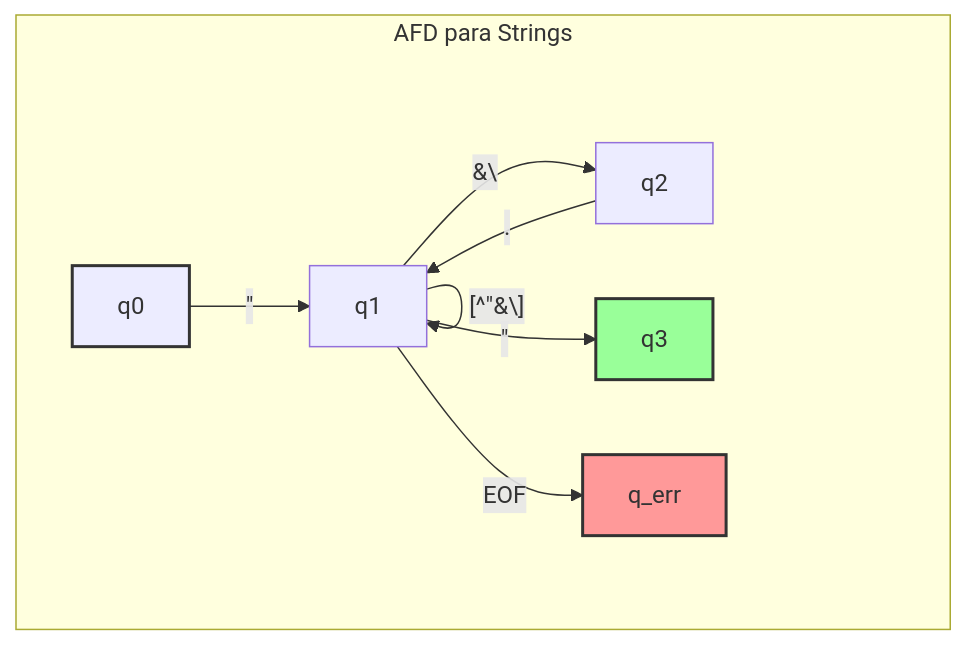
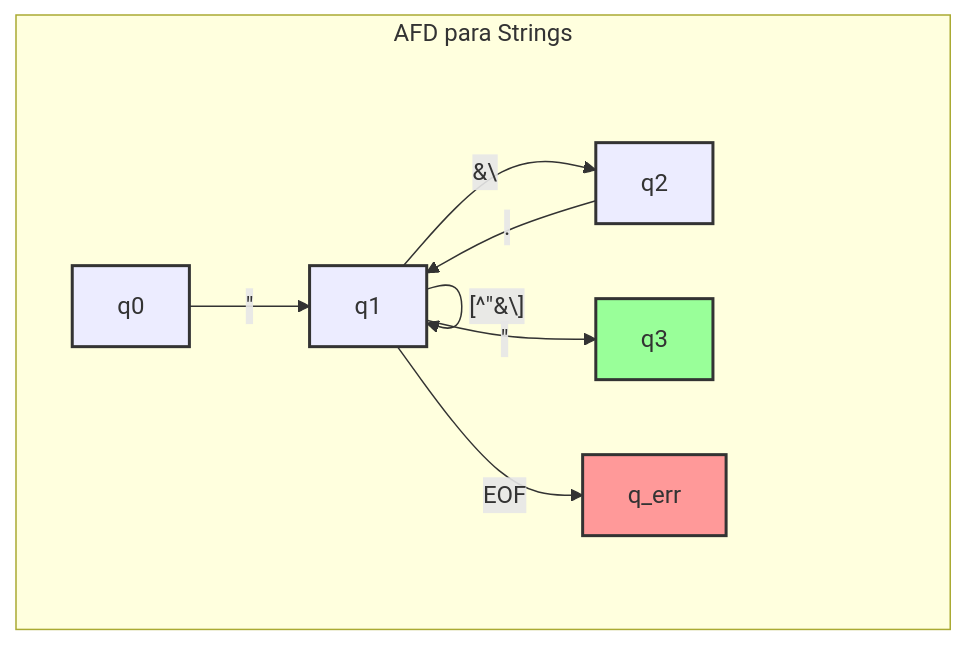
Before and after one commit to Equipe-Eighteen/.clash: the diagram in docs/diagrams/afd-string.md, drawn with Mermaid. The commit also changed 3 other files, not shown here.

Commit message:
refactor: adjusting diagram styles

````diff
--- a/docs/diagrams/afd-string.md
+++ b/docs/diagrams/afd-string.md
@@ -11,15 +11,17 @@
 ```mermaid
 graph LR
     subgraph AFD para Strings
         direction LR
         q0 -- "&quot;" --> q1;
         q1 -- "[^&quot;&#92;]" --> q1;
         q1 -- "&#92;" --> q2;
         q1 -- "&quot;" --> q3;
         q1 -- "EOF" --> q_err;
         q2 -- "." --> q1;
     end
     style q0 fill:#lightblue,stroke:#333,stroke-width:2px
+    style q1 fill:#lightblue,stroke:#333,stroke-width:2px
+    style q2 fill:#lightblue,stroke:#333,stroke-width:2px
     style q3 fill:#9f9,stroke:#333,stroke-width:2px
     style q_err fill:#f99,stroke:#333,stroke-width:2px
 ```
````
